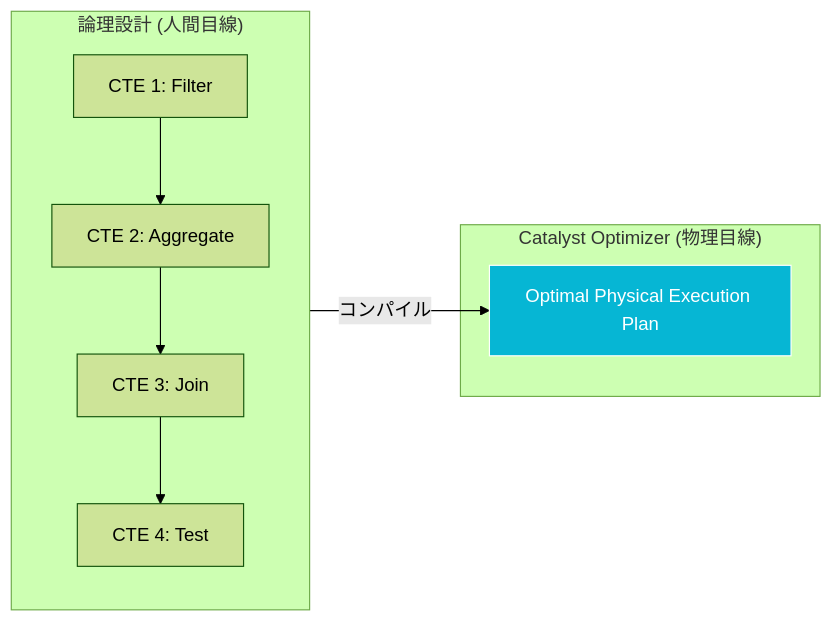
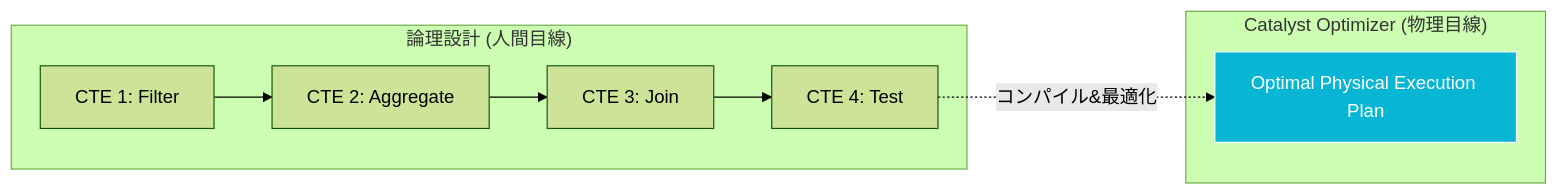
One commit to r1ckey/study14 changed the diagram in Phase1/1.2_Logical_vs_Physical_Design.md. Above: the diagram before and after it, drawn with Mermaid (forest theme). The commit also changed 10 other files, not shown here.

````diff
--- a/Phase1/1.2_Logical_vs_Physical_Design.md
+++ b/Phase1/1.2_Logical_vs_Physical_Design.md
@@ -31,15 +31,15 @@
 ```mermaid
 graph LR
     subgraph Logical ["論理設計 (人間目線)"]
-        A[CTE 1: Filter] --> B[CTE 2: Aggregate]
-        B --> C[CTE 3: Join]
-        C --> D[CTE 4: Test]
+        A["CTE 1: Filter"] --> B["CTE 2: Aggregate"]
+        B --> C["CTE 3: Join"]
+        C --> D["CTE 4: Test"]
     end
 
     subgraph Catalyst ["Catalyst Optimizer (物理目線)"]
-        E[Optimal Physical Execution Plan]
+        E["Optimal Physical Execution Plan"]
     end
 
-    Logical -->|コンパイル| E
+    D -.->|コンパイル&最適化| E
     style E fill:#06b6d4,stroke:#fff,color:#fff
 ```
````
